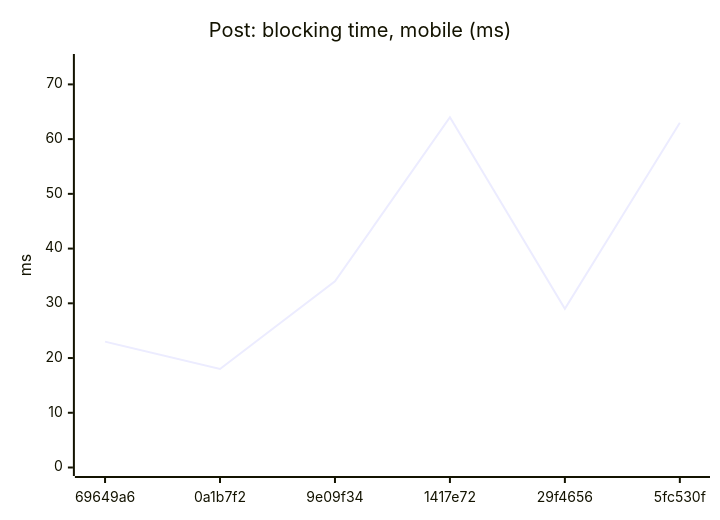
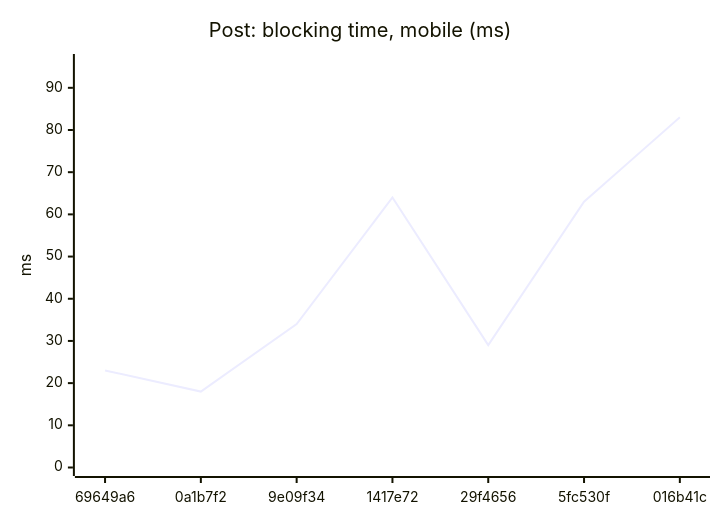
One commit to AxelUser/maltsev.space changed diagram 12 of 18 in README.md. Above: the diagram before and after it, drawn with Mermaid. The commit also changed other lines of this file and 1 other file, not shown here.

````diff
--- a/README.md
+++ b/README.md
@@ -133,7 +133,7 @@
 ```mermaid
 xychart-beta
   title "Post: blocking time, mobile (ms)"
-  x-axis ["69649a6", "0a1b7f2", "9e09f34", "1417e72", "29f4656", "5fc530f"]
-  y-axis "ms" 0 --> 74
-  line [23, 18, 34, 64, 29, 63]
+  x-axis ["69649a6", "0a1b7f2", "9e09f34", "1417e72", "29f4656", "5fc530f", "016b41c"]
+  y-axis "ms" 0 --> 96
+  line [23, 18, 34, 64, 29, 63, 83]
 ```
````
